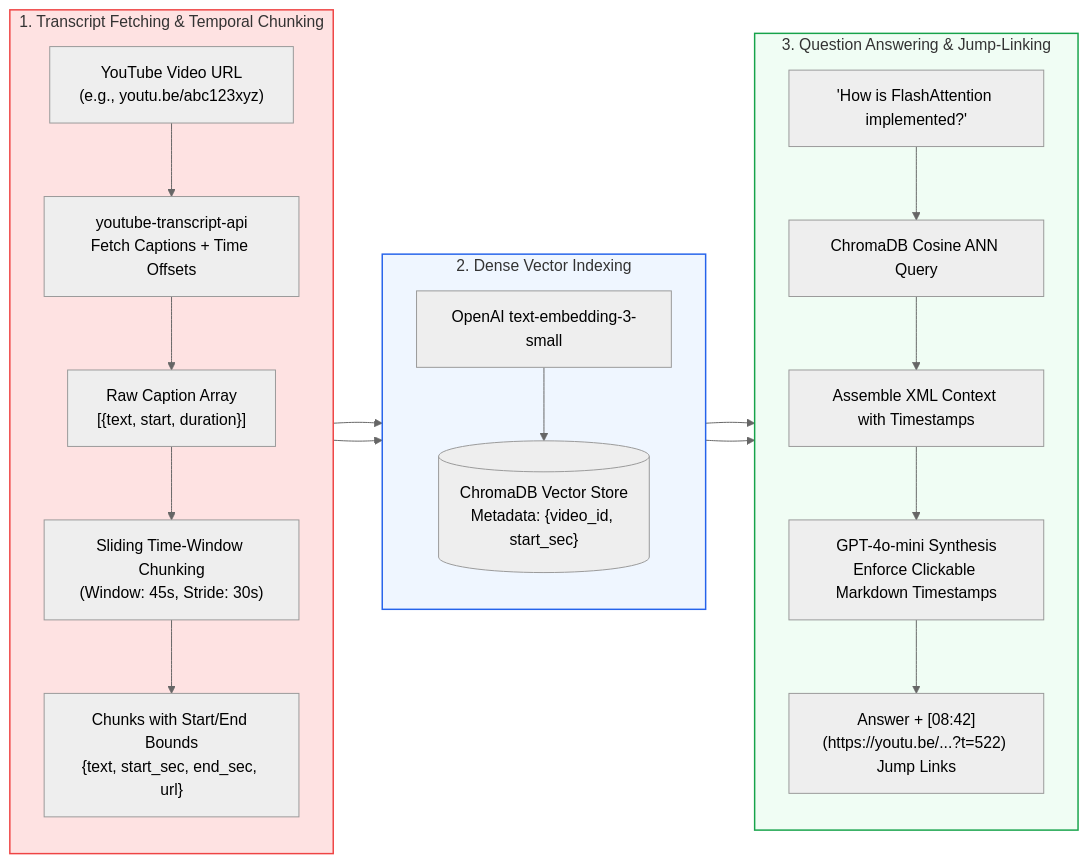
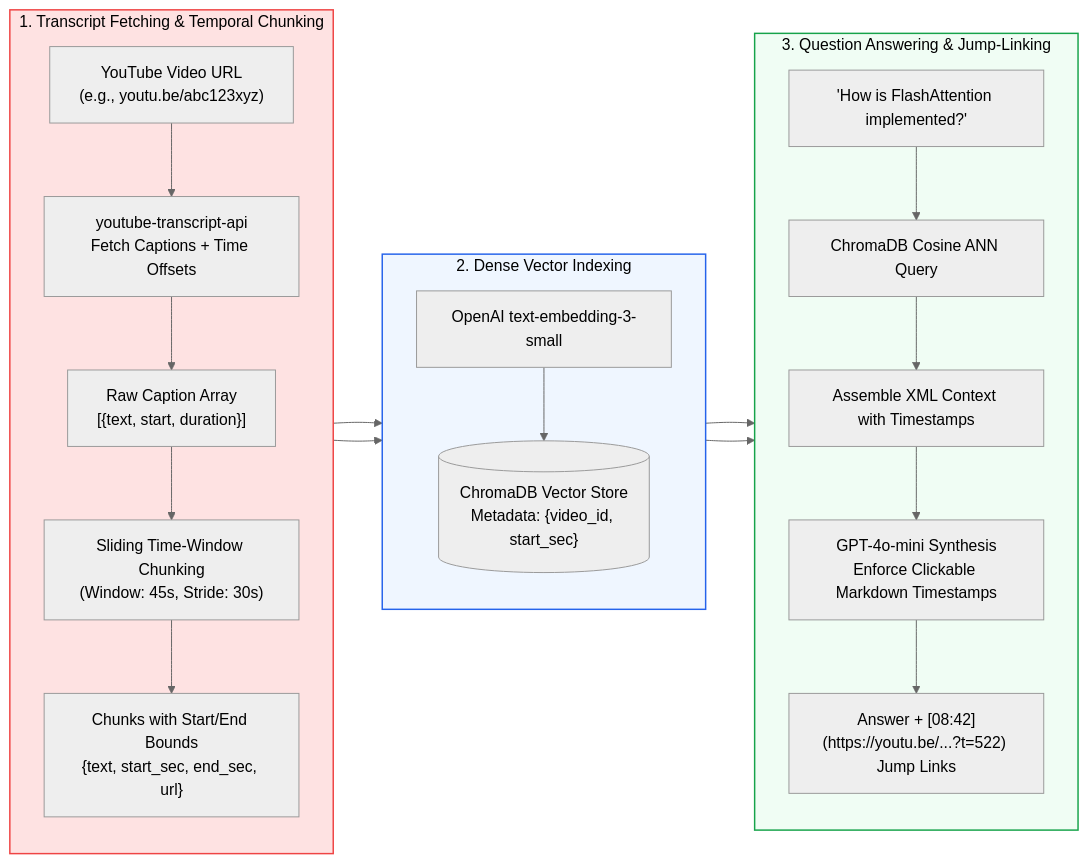
One commit to swapnil3104/RAG-Engineering changed the first of 3 diagrams in 10-Hands-On-Projects/05-Youtube-Video-RAG/README.md. Above: the diagram before and after it, drawn with Mermaid (neutral theme). The commit also changed other lines of this file and 108 other files, not shown here.

Commit message:
fix: make chart text visible across all Mermaid diagrams and resolve markdown table formatting issues

````diff
--- a/10-Hands-On-Projects/05-Youtube-Video-RAG/README.md
+++ b/10-Hands-On-Projects/05-Youtube-Video-RAG/README.md
@@ -23,31 +23,31 @@
 ```mermaid
 flowchart LR
     subgraph Ingestion ["1. Transcript Fetching & Temporal Chunking"]
         direction TB
         VideoURL["YouTube Video URL<br/>(e.g., youtu.be/abc123xyz)"] --> Fetcher["youtube-transcript-api<br/>Fetch Captions + Time Offsets"]
         Fetcher --> RawSnippets["Raw Caption Array<br/>[{text, start, duration}]"]
         RawSnippets --> TimeChunker["Sliding Time-Window Chunking<br/>(Window: 45s, Stride: 30s)"]
         TimeChunker --> TimestampedChunks["Chunks with Start/End Bounds<br/>{text, start_sec, end_sec, url}"]
     end
 
     subgraph Storage ["2. Dense Vector Indexing"]
         direction TB
         TimestampedChunks --> Embedder["OpenAI text-embedding-3-small"]
         Embedder --> VectorDB[("ChromaDB Vector Store<br/>Metadata: {video_id, start_sec}")]
     end
 
     subgraph Inference ["3. Question Answering & Jump-Linking"]
         direction TB
         UserQuery["'How is FlashAttention implemented?'"] --> Search["ChromaDB Cosine ANN Query"]
         VectorDB --> Search
         Search --> ContextFormatter["Assemble XML Context with Timestamps"]
         ContextFormatter --> LLM["GPT-4o-mini Synthesis<br/>Enforce Clickable Markdown Timestamps"]
         LLM --> UserResponse["Answer + [08:42](https://youtu.be/...?t=522) Jump Links"]
     end
 
     Ingestion --> Storage --> Inference
 
-    style Ingestion fill:#fee2e2,stroke:#ef4444,stroke-width:1.5px
-    style Storage fill:#eff6ff,stroke:#2563eb,stroke-width:1.5px
-    style Inference fill:#f0fdf4,stroke:#16a34a,stroke-width:1.5px
+    style Ingestion fill:#fee2e2,stroke:#ef4444,stroke-width:1.5px,color:#000000
+    style Storage fill:#eff6ff,stroke:#2563eb,stroke-width:1.5px,color:#000000
+    style Inference fill:#f0fdf4,stroke:#16a34a,stroke-width:1.5px,color:#000000
 ```
````
